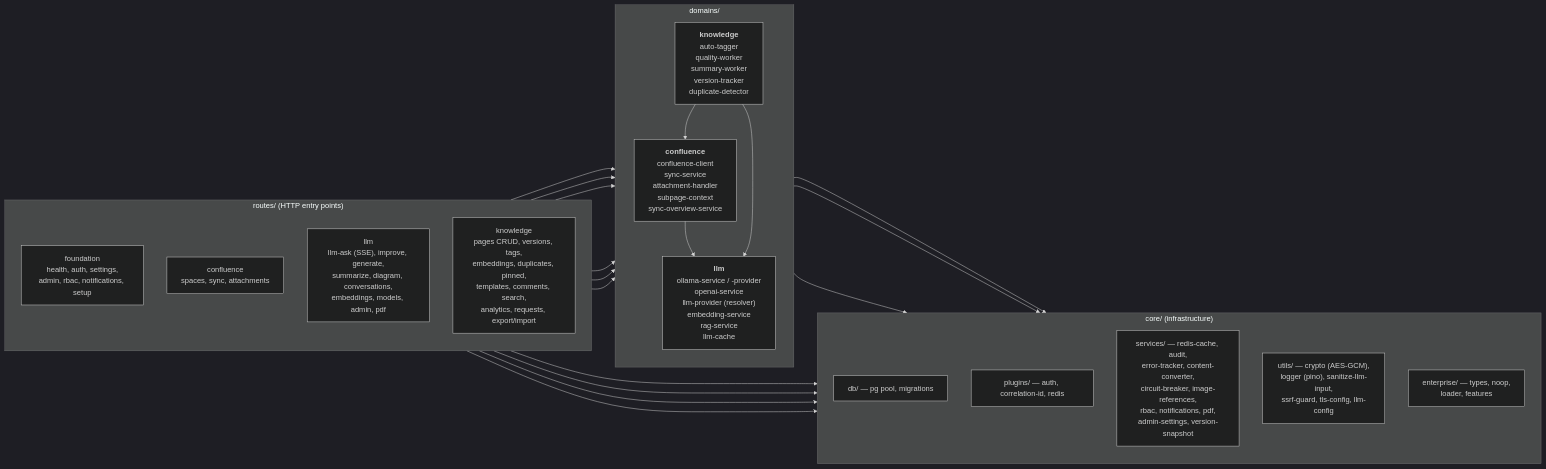
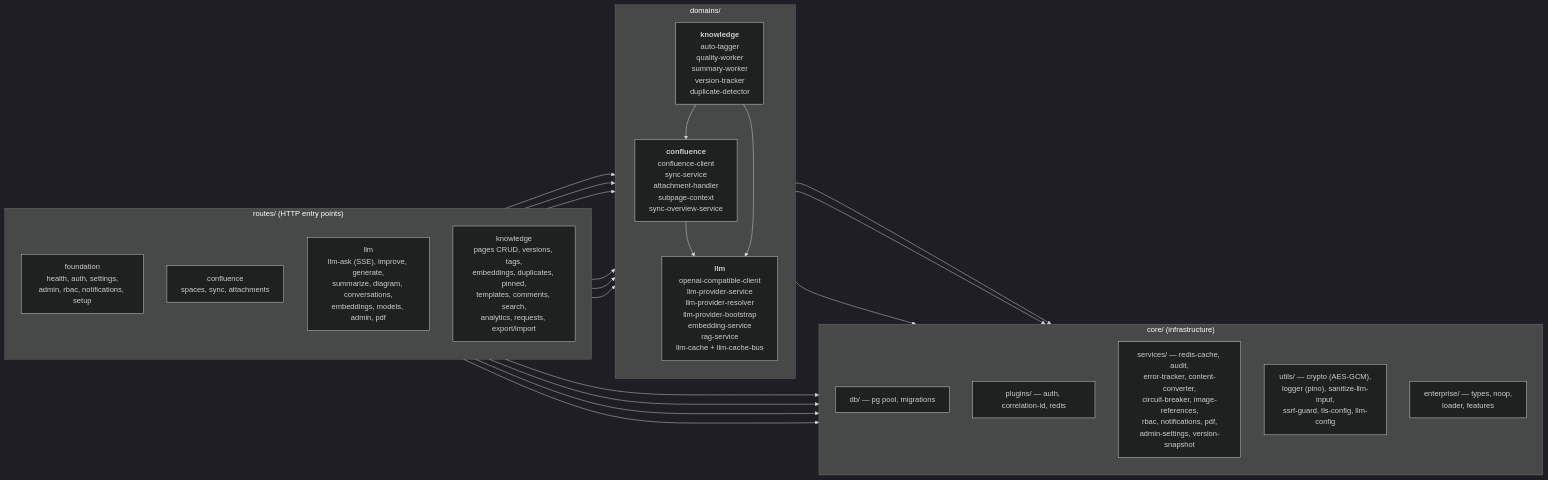
One commit to Compendiq/compendiq-ce changed the first of 2 diagrams in docs/architecture/03-backend-domains.md. Above: the diagram before and after it, drawn with Mermaid (dark theme). The commit also changed 115 other files, not shown here.

First line of the commit message:
feat: multi-LLM-provider configuration (#259)

````diff
--- a/docs/architecture/03-backend-domains.md
+++ b/docs/architecture/03-backend-domains.md
@@ -9,44 +9,44 @@
 ```mermaid
 flowchart LR
     subgraph routes["routes/ (HTTP entry points)"]
         direction TB
         rF["foundation<br/>health, auth, settings,<br/>admin, rbac, notifications, setup"]
         rC["confluence<br/>spaces, sync, attachments"]
         rL["llm<br/>llm-ask (SSE), improve, generate,<br/>summarize, diagram, conversations,<br/>embeddings, models, admin, pdf"]
         rK["knowledge<br/>pages CRUD, versions, tags,<br/>embeddings, duplicates, pinned,<br/>templates, comments, search,<br/>analytics, requests, export/import"]
     end
 
     subgraph domains["domains/"]
         direction TB
         dC["<b>confluence</b><br/>confluence-client<br/>sync-service<br/>attachment-handler<br/>subpage-context<br/>sync-overview-service"]
-        dL["<b>llm</b><br/>ollama-service / -provider<br/>openai-service<br/>llm-provider (resolver)<br/>embedding-service<br/>rag-service<br/>llm-cache"]
+        dL["<b>llm</b><br/>openai-compatible-client<br/>llm-provider-service<br/>llm-provider-resolver<br/>llm-provider-bootstrap<br/>embedding-service<br/>rag-service<br/>llm-cache + llm-cache-bus"]
         dK["<b>knowledge</b><br/>auto-tagger<br/>quality-worker<br/>summary-worker<br/>version-tracker<br/>duplicate-detector"]
     end
 
     subgraph core["core/ (infrastructure)"]
         direction TB
         cDB["db/ — pg pool, migrations"]
         cPlug["plugins/ — auth, correlation-id, redis"]
         cSvc["services/ — redis-cache, audit,<br/>error-tracker, content-converter,<br/>circuit-breaker, image-references,<br/>rbac, notifications, pdf,<br/>admin-settings, version-snapshot"]
         cUtil["utils/ — crypto (AES-GCM),<br/>logger (pino), sanitize-llm-input,<br/>ssrf-guard, tls-config, llm-config"]
         cEnt["enterprise/ — types, noop,<br/>loader, features"]
     end
 
     rF --> core
     rC --> core
     rC --> dC
     rL --> core
     rL --> dL
     rL --> dC
     rK --> core
     rK --> dK
     rK --> dL
     rK --> dC
 
     dC --> core
     dC --> dL
     dL --> core
     dK --> core
     dK --> dL
     dK --> dC
 ```
````
